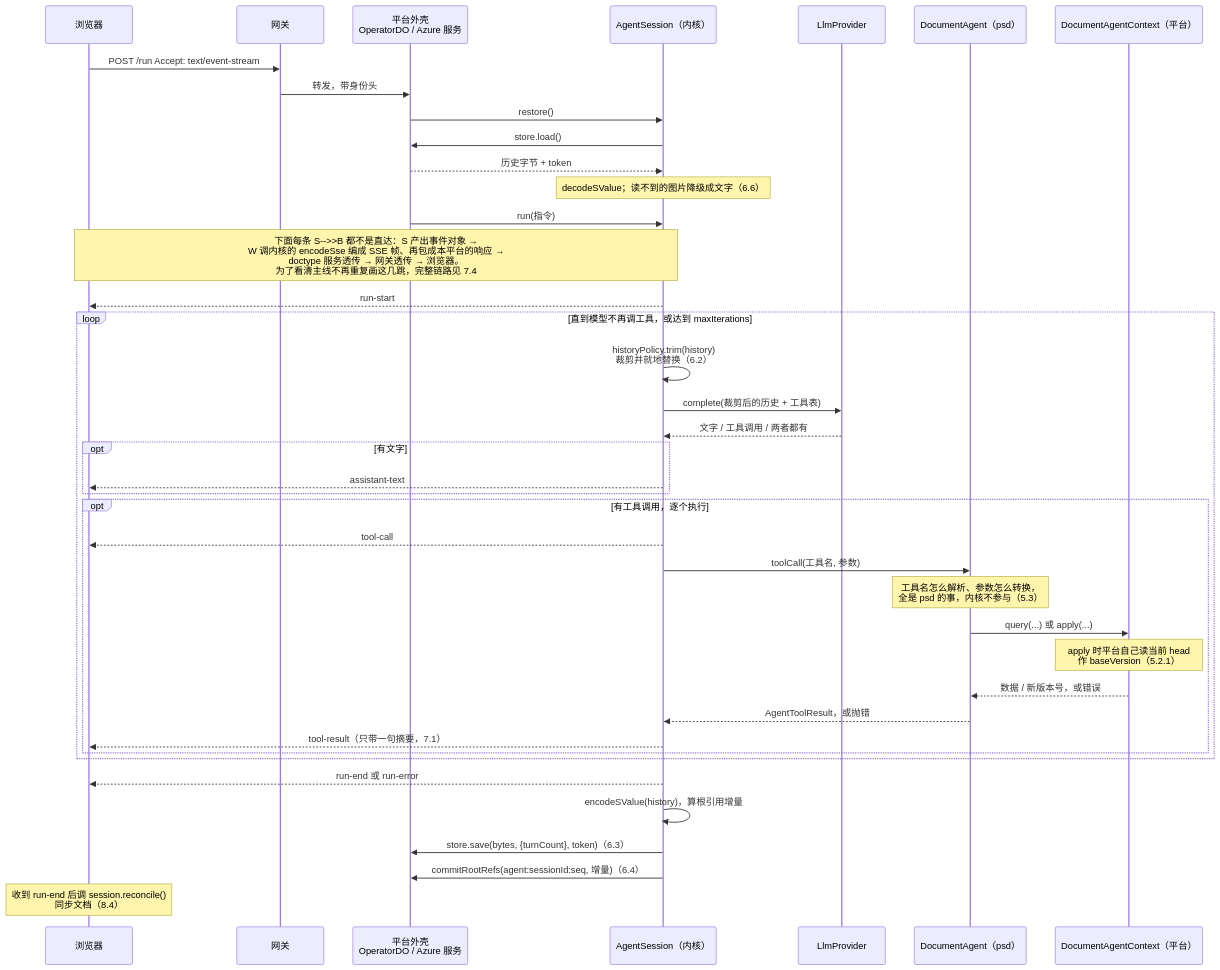
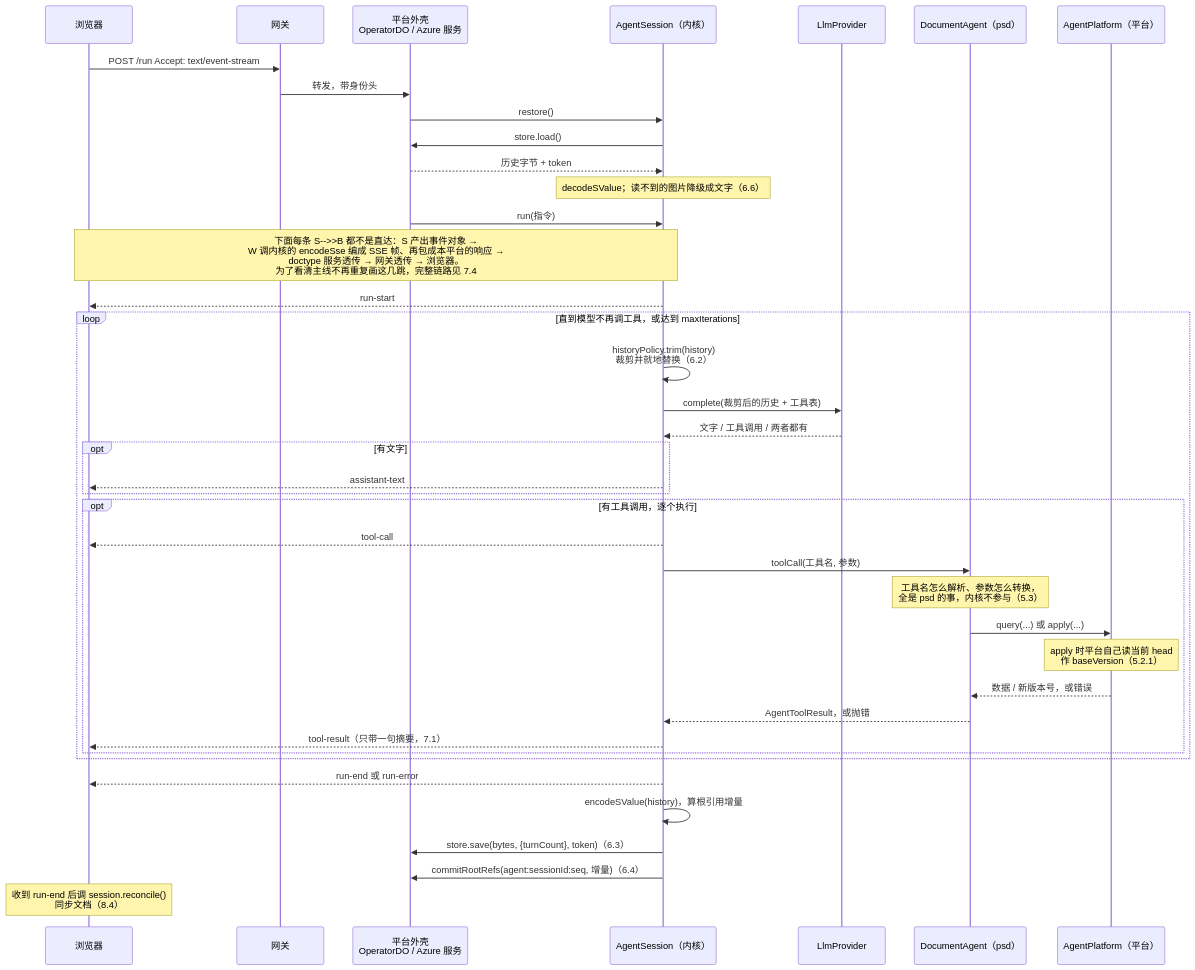
Before and after one commit to shazhou-ww/unidocs: diagram 11 of 15 in docs/superpowers/specs/2026-08-26-agent-sdk-design.md, drawn with Mermaid. The commit also changed other lines of this file, not shown here.

First line of the commit message:
docs(agent-sdk): DocumentAgentContext 改名 DocumentAgentRuntime,并拆出 readBlob

````diff
--- a/docs/superpowers/specs/2026-08-26-agent-sdk-design.md
+++ b/docs/superpowers/specs/2026-08-26-agent-sdk-design.md
@@ -1048,51 +1082,51 @@
 ```mermaid
 sequenceDiagram
     participant B as 浏览器
     participant G as 网关
     participant W as 平台外壳<br/>OperatorDO / Azure 服务
     participant S as AgentSession（内核）
     participant L as LlmProvider
     participant A as DocumentAgent（psd）
-    participant C as DocumentAgentContext（平台）
+    participant C as AgentPlatform（平台）
 
     B->>G: POST /run  Accept: text/event-stream
     G->>W: 转发，带身份头
 
     W->>S: restore()
     S->>W: store.load()
     W-->>S: 历史字节 + token
     Note over S: decodeSValue；读不到的图片降级成文字（6.6）
 
     W->>S: run(指令)
 
     Note over S,B: 下面每条 S-->>B 都不是直达：S 产出事件对象 →<br/>W 调内核的 encodeSse 编成 SSE 帧、再包成本平台的响应 →<br/>doctype 服务透传 → 网关透传 → 浏览器。<br/>为了看清主线不再重复画这几跳，完整链路见 7.4
     S-->>B: run-start
 
     loop 直到模型不再调工具，或达到 maxIterations
         S->>S: historyPolicy.trim(history)<br/>裁剪并就地替换（6.2）
         S->>L: complete(裁剪后的历史 + 工具表)
         L-->>S: 文字 / 工具调用 / 两者都有
 
         opt 有文字
             S-->>B: assistant-text
         end
 
         opt 有工具调用，逐个执行
             S-->>B: tool-call
             S->>A: toolCall(工具名, 参数)
             Note over A: 工具名怎么解析、参数怎么转换，<br/>全是 psd 的事，内核不参与（5.3）
             A->>C: query(...) 或 apply(...)
             Note over C: apply 时平台自己读当前 head<br/>作 baseVersion（5.2.1）
             C-->>A: 数据 / 新版本号，或错误
             A-->>S: AgentToolResult，或抛错
             S-->>B: tool-result（只带一句摘要，7.1）
         end
     end
 
     S-->>B: run-end 或 run-error
 
     S->>S: encodeSValue(history)，算根引用增量
     S->>W: store.save(bytes, {turnCount}, token)（6.3）
     S->>W: commitRootRefs(agent:sessionId:seq, 增量)（6.4）
     Note over B: 收到 run-end 后调 session.reconcile()<br/>同步文档（8.4）
 ```
````
